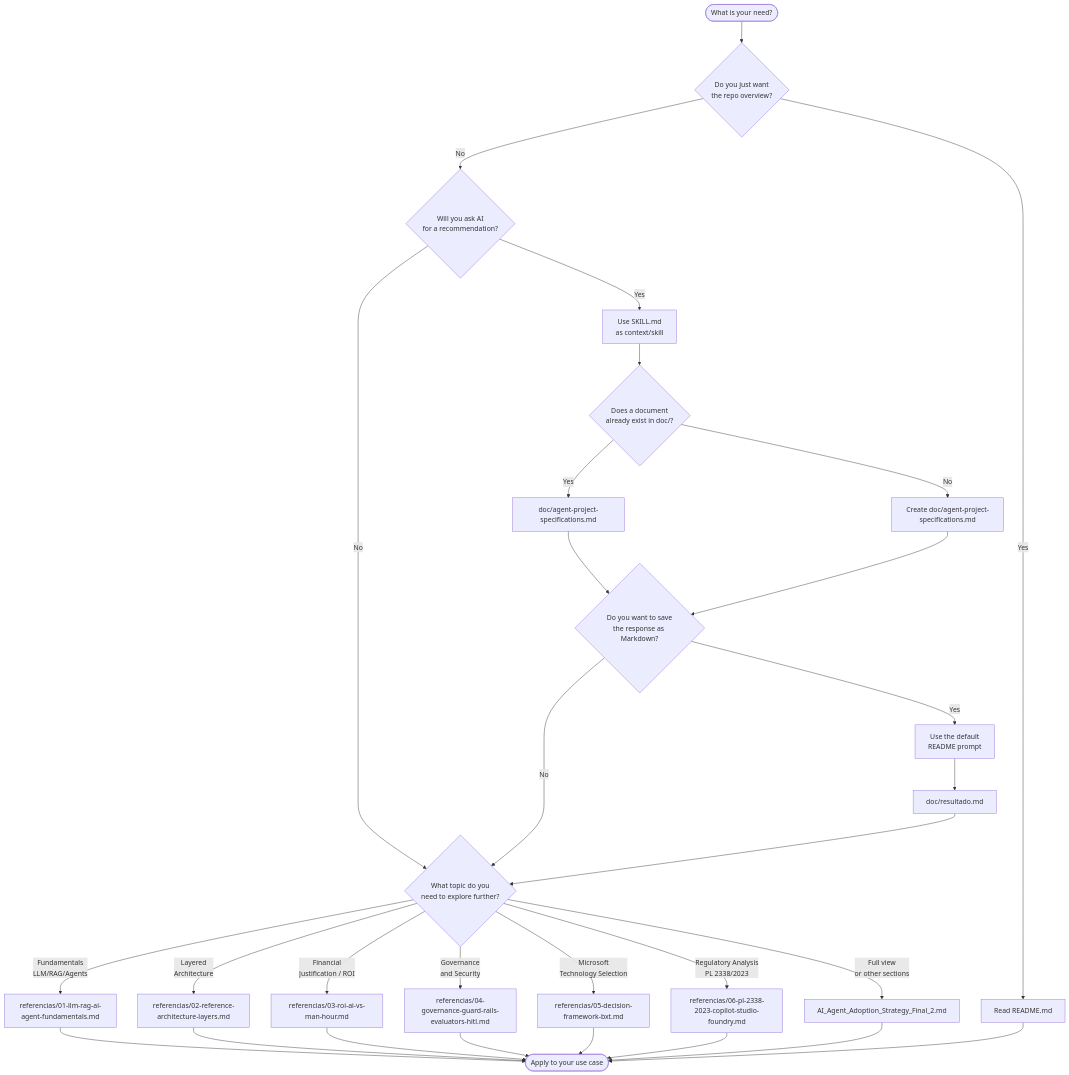
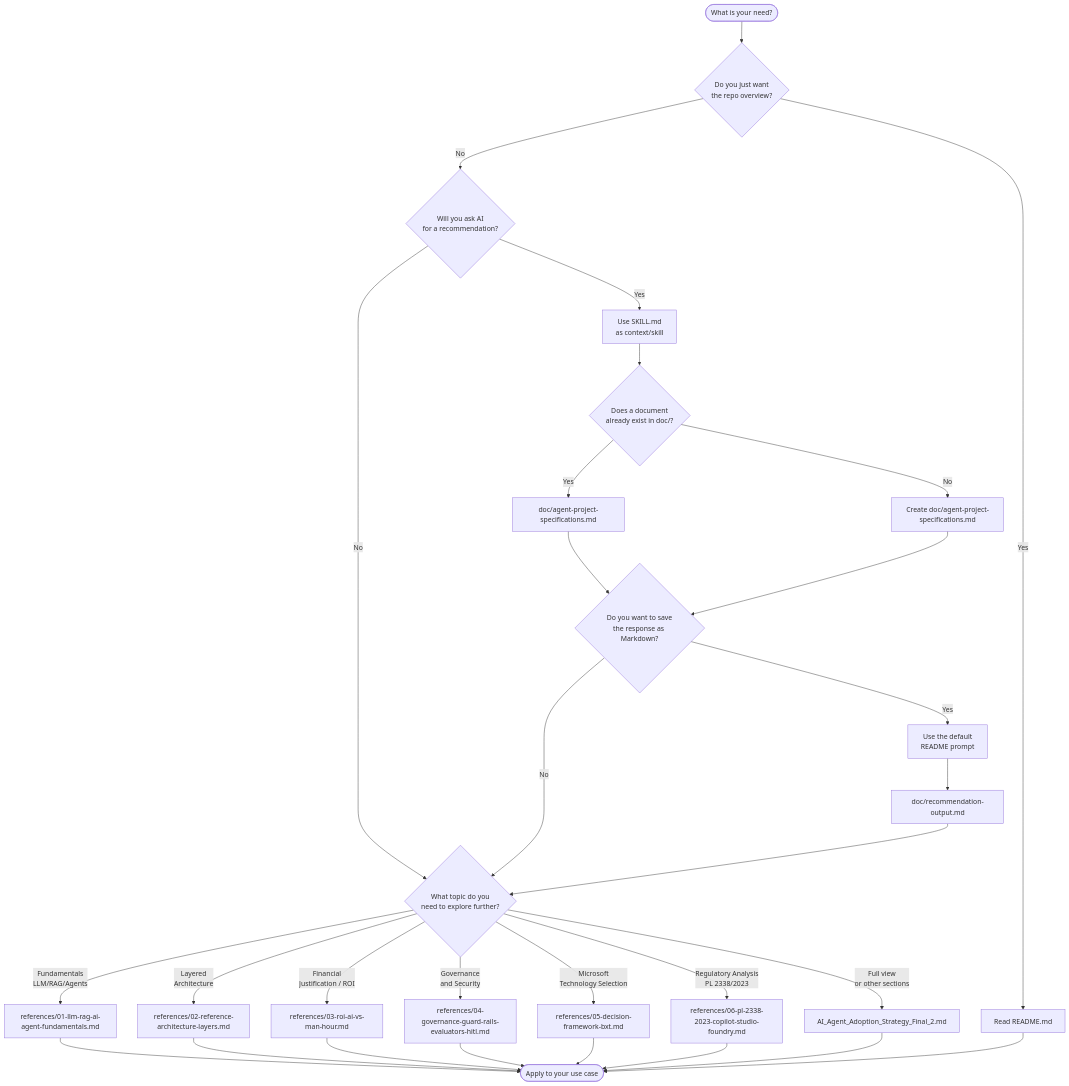
Before and after one commit to fabioharams/hubsp-ai-skill: the second of 2 diagrams in README.md, drawn with Mermaid. The commit also changed other lines of this file and 13 other files, not shown here.

````diff
--- a/README.md
+++ b/README.md
@@ -76,36 +76,36 @@
 ```mermaid
 flowchart TD
     START([What is your need?]) --> Q1{Do you just want<br/>the repo overview?}
     Q1 -- Yes --> README[Read README.md]
     Q1 -- No --> Q2{Will you ask AI<br/>for a recommendation?}
 
     Q2 -- Yes --> SKILL[Use SKILL.md<br/>as context/skill]
     Q2 -- No --> Q3{What topic do you<br/>need to explore further?}
 
    SKILL --> QDOC{Does a document<br/>already exist in doc/?}
    QDOC -- Yes --> DOC[doc/agent-project-specifications.md]
    QDOC -- No --> DOCNEW[Create doc/agent-project-specifications.md]
    DOC --> QOUT{Do you want to save<br/>the response as Markdown?}
    DOCNEW --> QOUT
    QOUT -- Yes --> PROMPT[Use the default<br/>README prompt]
-   PROMPT --> OUTMD[doc/resultado.md]
+   PROMPT --> OUTMD[doc/recommendation-output.md]
    QOUT -- No --> Q3
    OUTMD --> Q3
 
-    Q3 -- Fundamentals<br/>LLM/RAG/Agents --> R1[referencias/01-llm-rag-ai-agent-fundamentals.md]
-    Q3 -- Layered<br/>Architecture --> R2[referencias/02-reference-architecture-layers.md]
-    Q3 -- Financial<br/>Justification / ROI --> R3[referencias/03-roi-ai-vs-man-hour.md]
-    Q3 -- Governance<br/>and Security --> R4[referencias/04-governance-guard-rails-evaluators-hitl.md]
-    Q3 -- Microsoft<br/>Technology Selection --> R5[referencias/05-decision-framework-bxt.md]
-   Q3 -- Regulatory Analysis<br/>PL 2338/2023 --> R6[referencias/06-pl-2338-2023-copilot-studio-foundry.md]
+    Q3 -- Fundamentals<br/>LLM/RAG/Agents --> R1[references/01-llm-rag-ai-agent-fundamentals.md]
+    Q3 -- Layered<br/>Architecture --> R2[references/02-reference-architecture-layers.md]
+    Q3 -- Financial<br/>Justification / ROI --> R3[references/03-roi-ai-vs-man-hour.md]
+    Q3 -- Governance<br/>and Security --> R4[references/04-governance-guard-rails-evaluators-hitl.md]
+    Q3 -- Microsoft<br/>Technology Selection --> R5[references/05-decision-framework-bxt.md]
+   Q3 -- Regulatory Analysis<br/>PL 2338/2023 --> R6[references/06-pl-2338-2023-copilot-studio-foundry.md]
     Q3 -- Full view<br/>or other sections --> CANON[AI_Agent_Adoption_Strategy_Final_2.md]
 
     R1 --> END([Apply to your use case])
     R2 --> END
     R3 --> END
     R4 --> END
     R5 --> END
    R6 --> END
     CANON --> END
     README --> END
 ```
````
